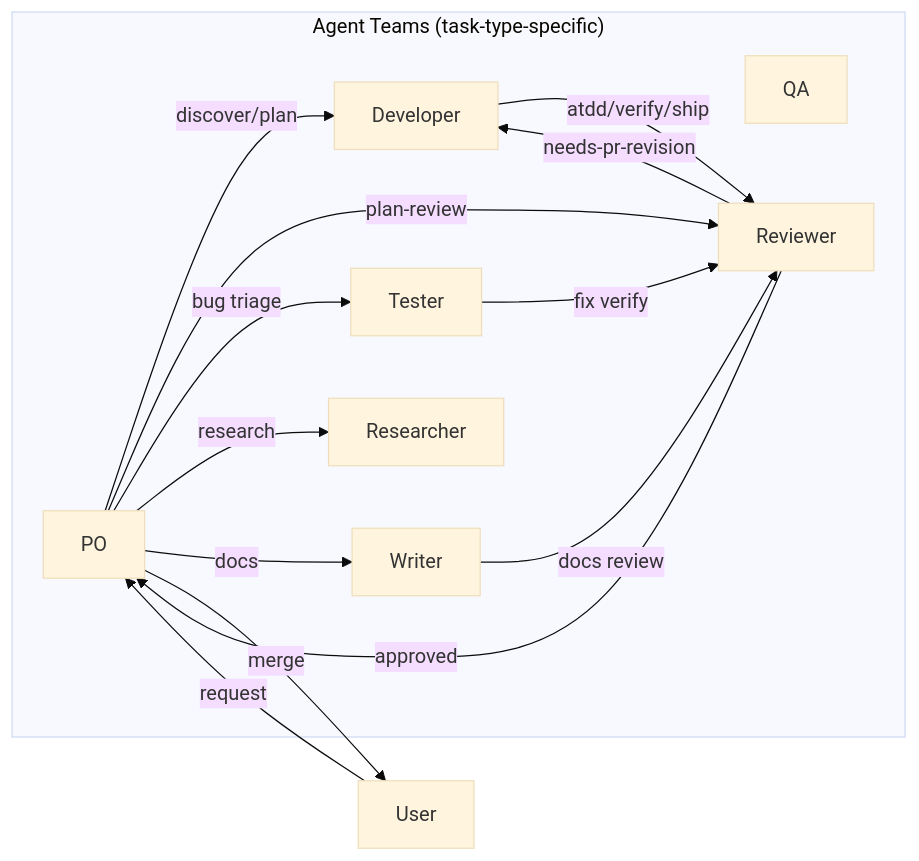
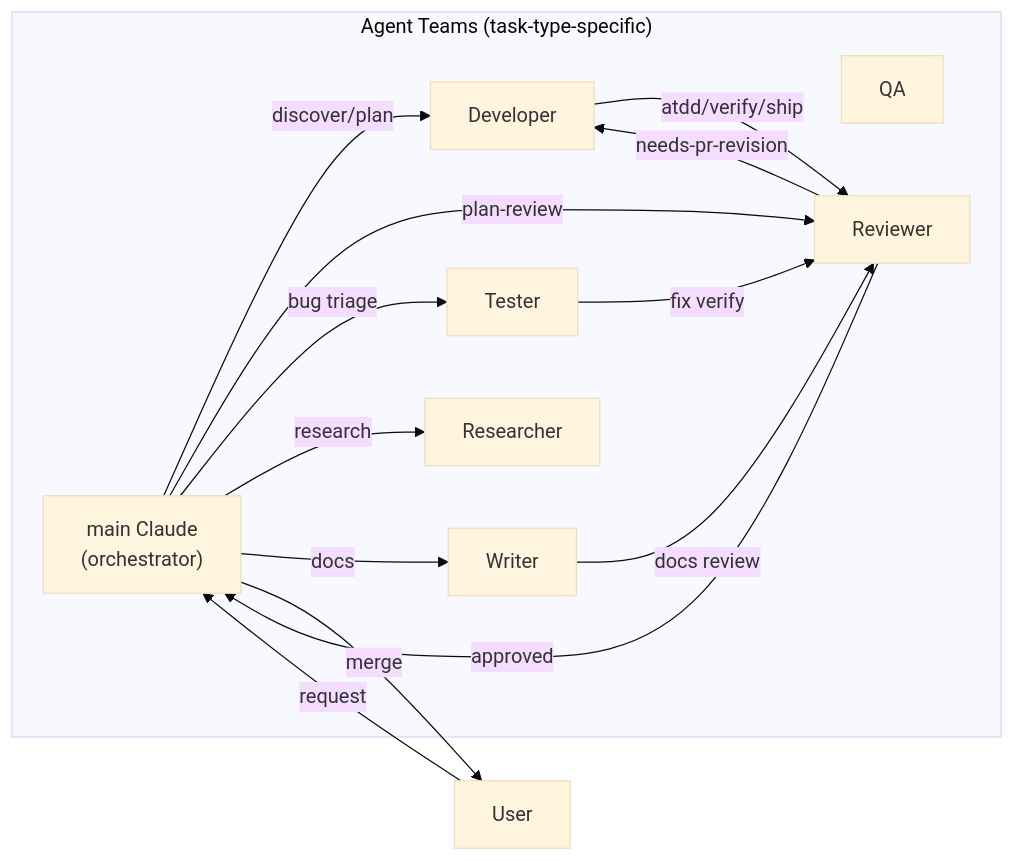
Before and after one commit to o3-ozono/atdd-kit: the first of 4 diagrams in docs/workflow-detail.md, drawn with Mermaid (base theme). The commit also changed other lines of this file and 17 other files, not shown here.

First line of the commit message:
refactor: remove po.md — main Claude directly fulfills PO role (#45) (#62)

````diff
--- a/docs/workflow-detail.md
+++ b/docs/workflow-detail.md
@@ -107,25 +107,25 @@
 ```mermaid
 graph LR
     subgraph "Agent Teams (task-type-specific)"
-        PO["PO"]
+        MC["main Claude\n(orchestrator)"]
         D["Developer"]
         Q["QA"]
         T["Tester"]
         R["Reviewer"]
         RS["Researcher"]
         W["Writer"]
     end
 
-    U["User"] -- "request" --> PO
-    PO -- "discover/plan" --> D
-    PO -- "plan-review" --> R
-    PO -- "bug triage" --> T
-    PO -- "research" --> RS
-    PO -- "docs" --> W
+    U["User"] -- "request" --> MC
+    MC -- "discover/plan" --> D
+    MC -- "plan-review" --> R
+    MC -- "bug triage" --> T
+    MC -- "research" --> RS
+    MC -- "docs" --> W
     D -- "atdd/verify/ship" --> R
     T -- "fix verify" --> R
     W -- "docs review" --> R
     R -- "needs-pr-revision" --> D
-    R -- "approved" --> PO
-    PO -- "merge" --> U
+    R -- "approved" --> MC
+    MC -- "merge" --> U
 ```
````
